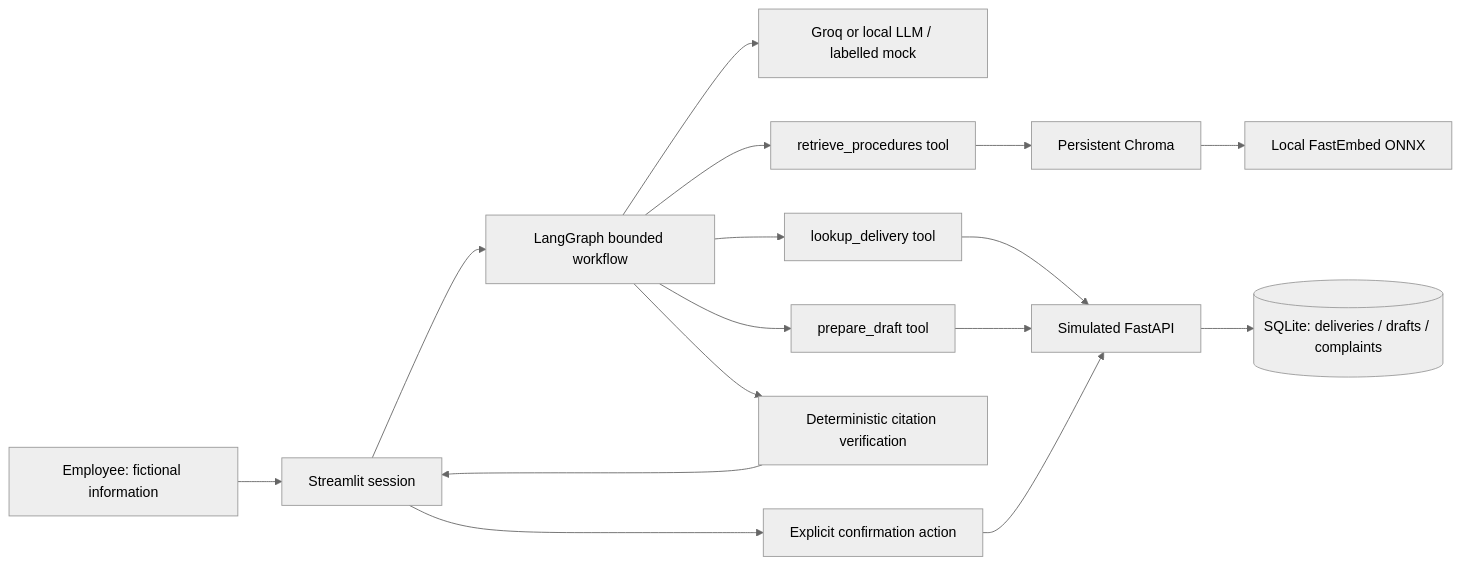
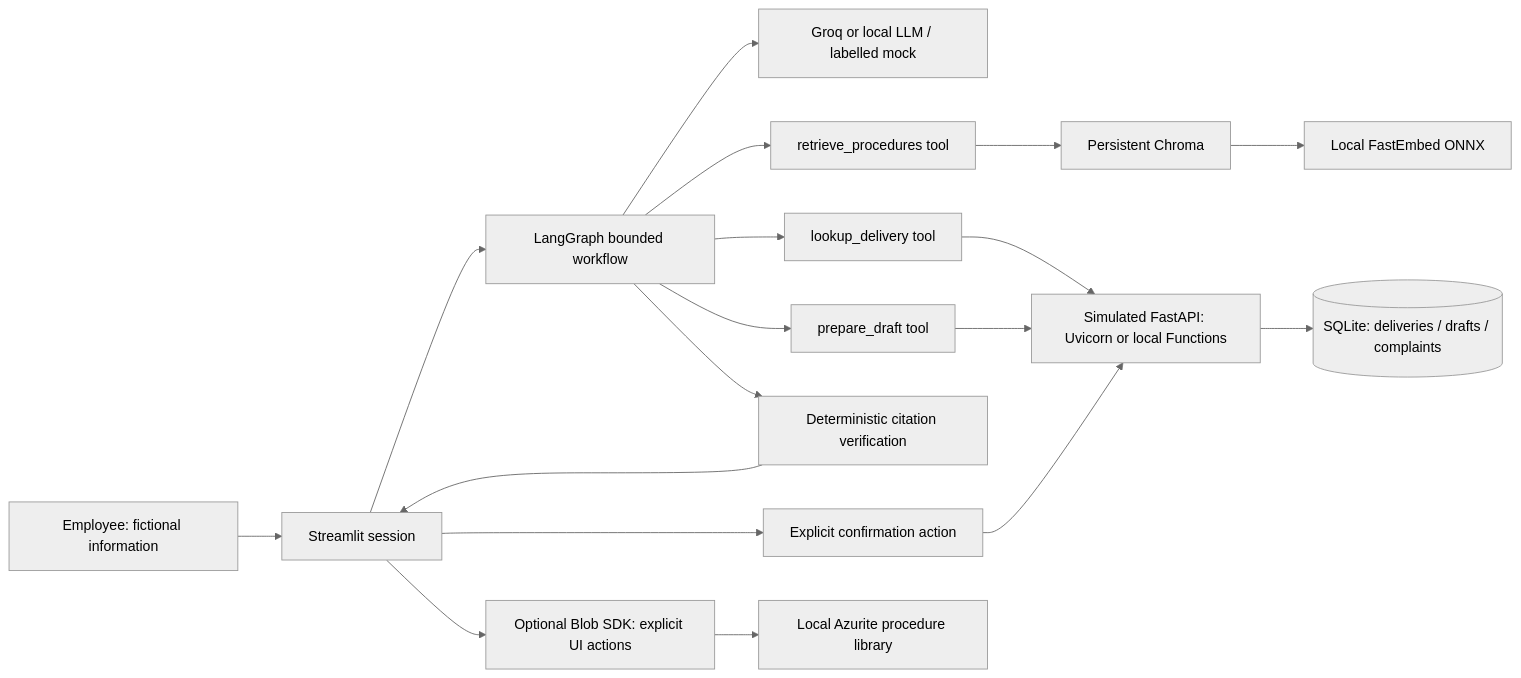
One commit to yoanagg15/pharma-docs-assistant changed the diagram in docs/architecture.md. Above: the diagram before and after it, drawn with Mermaid (neutral theme). The commit also changed other lines of this file and 32 other files, not shown here.

Commit message:
Add local Azure Functions and Blob Storage exercises

````diff
--- a/docs/architecture.md
+++ b/docs/architecture.md
@@ -5,18 +5,20 @@
 ```mermaid
 flowchart LR
     U[Employee: fictional information] --> UI[Streamlit session]
     UI --> G[LangGraph bounded workflow]
     G --> P[Groq or local LLM / labelled mock]
     G --> RT[retrieve_procedures tool]
     RT --> V[Persistent Chroma]
     V --> E[Local FastEmbed ONNX]
     G --> LT[lookup_delivery tool]
     G --> DT[prepare_draft tool]
-    LT --> API[Simulated FastAPI]
+    LT --> API[Simulated FastAPI: Uvicorn or local Functions]
     DT --> API
     API --> DB[(SQLite: deliveries / drafts / complaints)]
     G --> CHECK[Deterministic citation verification]
     CHECK --> UI
     UI --> CONFIRM[Explicit confirmation action]
     CONFIRM --> API
+    UI --> BS[Optional Blob SDK: explicit UI actions]
+    BS --> AZ[Local Azurite procedure library]
 ```
````
